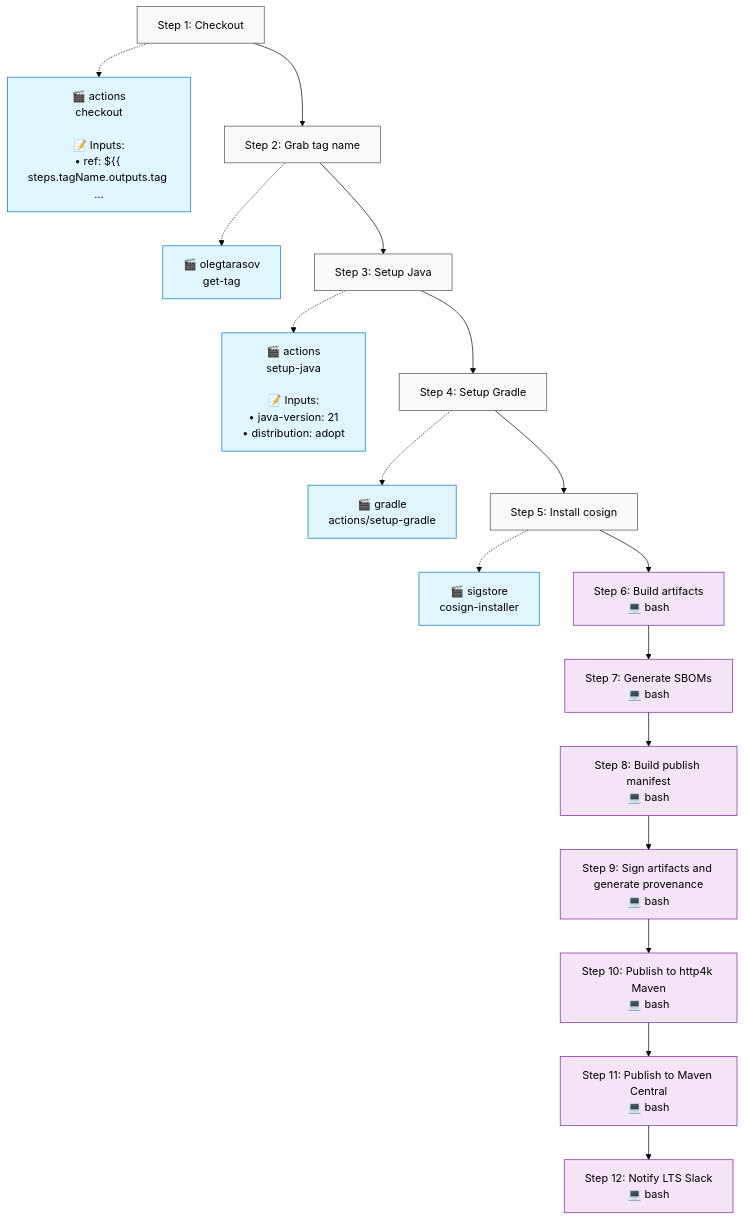
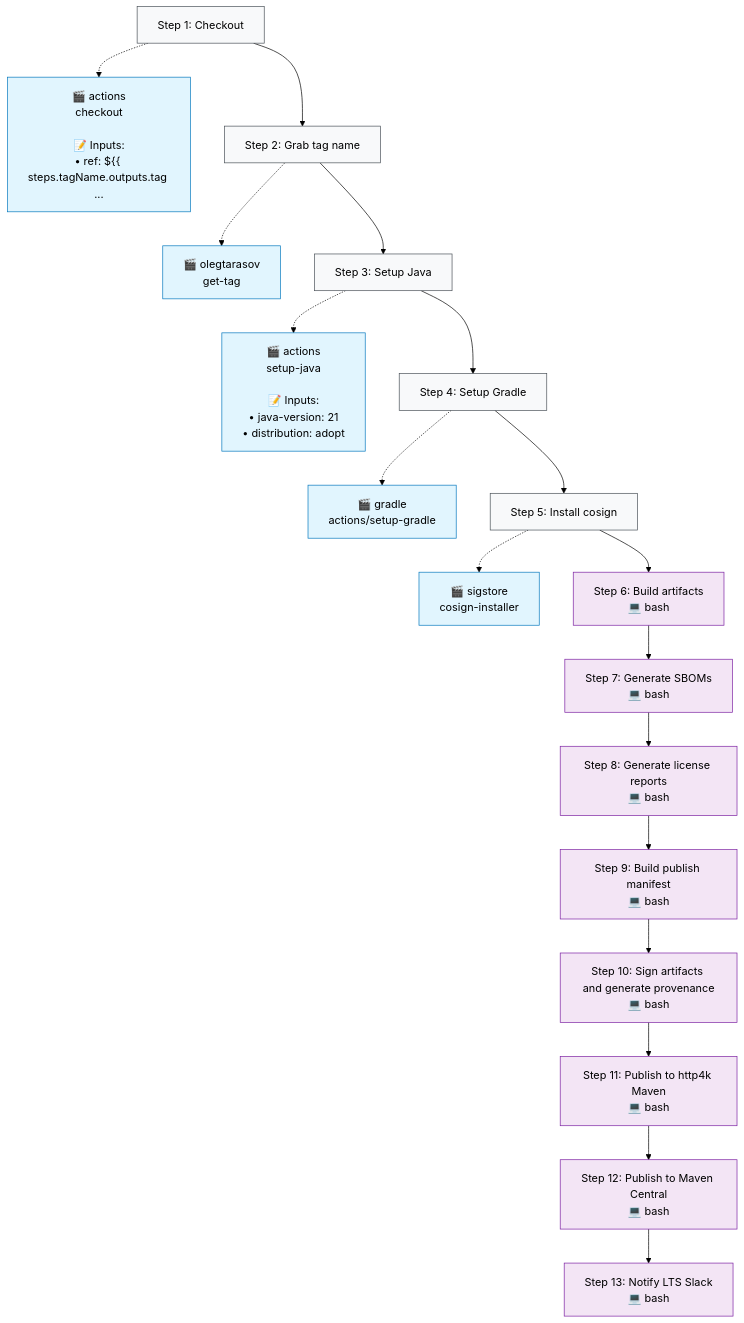
One commit to http4k/http4k changed the second of 2 diagrams in .github/typeflows/publish-artifacts/README.md. Above: the diagram before and after it, drawn with Mermaid (forest theme). The commit also changed 7 other files, not shown here.

````diff
--- a/.github/typeflows/publish-artifacts/README.md
+++ b/.github/typeflows/publish-artifacts/README.md
@@ -22,54 +22,57 @@
 ```mermaid
 %%{init: {"flowchart": {"curve": "basis"}}}%%
 flowchart TD
     step1["Step 1: Checkout"]
     style step1 fill:#f8f9fa,stroke:#495057
     action1["🎬 actions<br/>checkout<br/><br/>📝 Inputs:<br/>• ref: ${{ steps.tagName.outputs.tag ..."]
     style action1 fill:#e1f5fe,stroke:#0277bd
     step1 -.-> action1
     step2["Step 2: Grab tag name"]
     style step2 fill:#f8f9fa,stroke:#495057
     action2["🎬 olegtarasov<br/>get-tag"]
     style action2 fill:#e1f5fe,stroke:#0277bd
     step2 -.-> action2
     step1 --> step2
     step3["Step 3: Setup Java"]
     style step3 fill:#f8f9fa,stroke:#495057
     action3["🎬 actions<br/>setup-java<br/><br/>📝 Inputs:<br/>• java-version: 21<br/>• distribution: adopt"]
     style action3 fill:#e1f5fe,stroke:#0277bd
     step3 -.-> action3
     step2 --> step3
     step4["Step 4: Setup Gradle"]
     style step4 fill:#f8f9fa,stroke:#495057
     action4["🎬 gradle<br/>actions/setup-gradle"]
     style action4 fill:#e1f5fe,stroke:#0277bd
     step4 -.-> action4
     step3 --> step4
     step5["Step 5: Install cosign"]
     style step5 fill:#f8f9fa,stroke:#495057
     action5["🎬 sigstore<br/>cosign-installer"]
     style action5 fill:#e1f5fe,stroke:#0277bd
     step5 -.-> action5
     step4 --> step5
     step6["Step 6: Build artifacts<br/>💻 bash"]
     style step6 fill:#f3e5f5,stroke:#7b1fa2
     step5 --> step6
     step7["Step 7: Generate SBOMs<br/>💻 bash"]
     style step7 fill:#f3e5f5,stroke:#7b1fa2
     step6 --> step7
-    step8["Step 8: Build publish manifest<br/>💻 bash"]
+    step8["Step 8: Generate license reports<br/>💻 bash"]
     style step8 fill:#f3e5f5,stroke:#7b1fa2
     step7 --> step8
-    step9["Step 9: Sign artifacts and generate provenance<br/>💻 bash"]
+    step9["Step 9: Build publish manifest<br/>💻 bash"]
     style step9 fill:#f3e5f5,stroke:#7b1fa2
     step8 --> step9
-    step10["Step 10: Publish to http4k Maven<br/>💻 bash"]
+    step10["Step 10: Sign artifacts and generate provenance<br/>💻 bash"]
     style step10 fill:#f3e5f5,stroke:#7b1fa2
     step9 --> step10
-    step11["Step 11: Publish to Maven Central<br/>💻 bash"]
+    step11["Step 11: Publish to http4k Maven<br/>💻 bash"]
     style step11 fill:#f3e5f5,stroke:#7b1fa2
     step10 --> step11
-    step12["Step 12: Notify LTS Slack<br/>💻 bash"]
+    step12["Step 12: Publish to Maven Central<br/>💻 bash"]
     style step12 fill:#f3e5f5,stroke:#7b1fa2
     step11 --> step12
+    step13["Step 13: Notify LTS Slack<br/>💻 bash"]
+    style step13 fill:#f3e5f5,stroke:#7b1fa2
+    step12 --> step13
 ```
````
